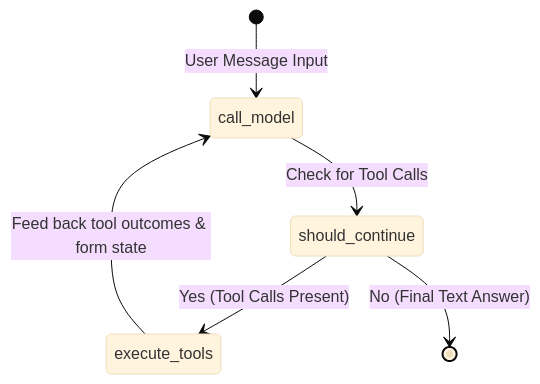
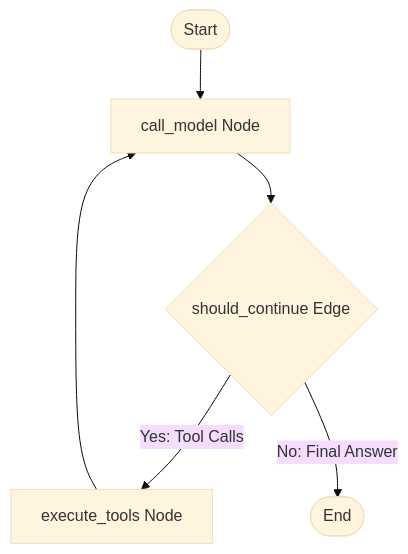
Before and after one commit to Nachiket858/-AI-First-CRM-HCP-Module: the second of 2 diagrams in tools.md, drawn with Mermaid (base theme). The commit also changed other lines of this file, not shown here.

Commit message:
Fix tools.md Mermaid diagrams compilation and rendering syntax

````diff
--- a/tools.md
+++ b/tools.md
@@ -30,8 +32,8 @@
 ```mermaid
-stateDiagram-v2
-    [*] --> call_model : User Message Input
-    call_model --> should_continue : Check for Tool Calls
-    should_continue --> execute_tools : Yes (Tool Calls Present)
-    execute_tools --> call_model : Feed back tool outcomes & form state
-    should_continue --> [*] : No (Final Text Answer)
+flowchart TD
+    Start([Start]) --> call_model[call_model Node]
+    call_model --> should_continue{should_continue Edge}
+    should_continue -->|Yes: Tool Calls| execute_tools[execute_tools Node]
+    execute_tools --> call_model
+    should_continue -->|No: Final Answer| End([End])
 ```
````
